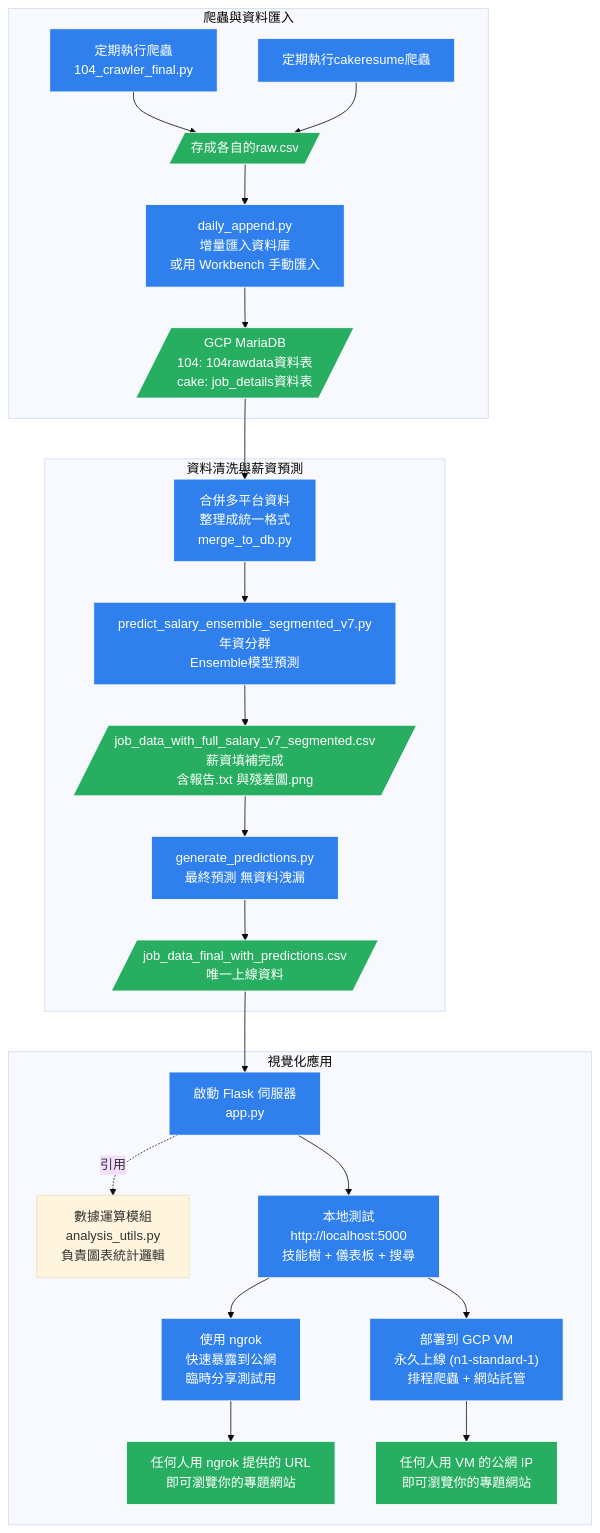
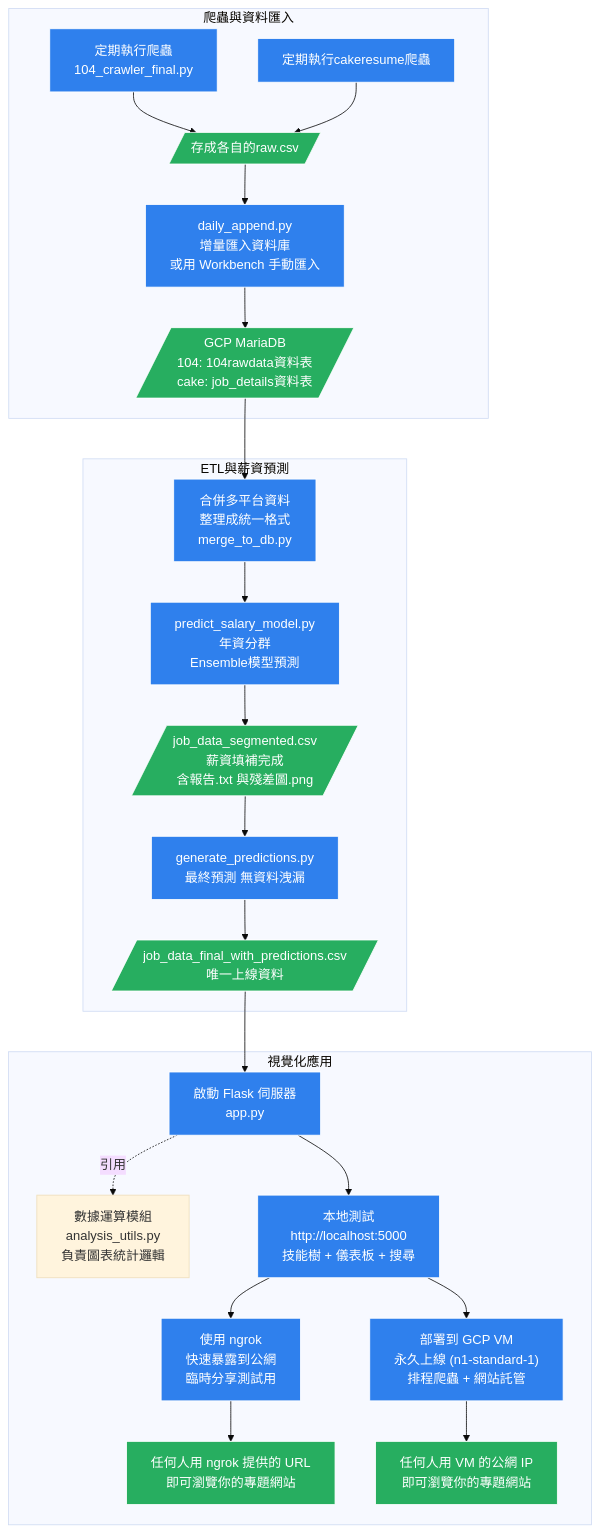
The diagram in 104_jobdata_crawler_final/README.md (DataSideProject/WLS), drawn with Mermaid (base theme) before and after one commit.

Commit message:
Please enter the commit message for your changes. Lines starting with '#' will be ignored, and an empty message aborts the commit.
On branch main
Your branch is up to date with 'origin/main'.

Changes to be committed:
	modified:   104_jobdata_crawler_final/README.md

````diff
--- a/104_jobdata_crawler_final/README.md
+++ b/104_jobdata_crawler_final/README.md
@@ -18,36 +18,36 @@
 ```mermaid
 flowchart TD
     subgraph 爬蟲與資料匯入
         A[定期執行爬蟲<br>104_crawler_final.py]
         AA[定期執行cakeresume爬蟲<br>]
         A --> B[/存成各自的raw.csv<br>/]
         AA --> B
         B --> C[daily_append.py<br>增量匯入資料庫<br>或用 Workbench 手動匯入]
         C --> D[/GCP MariaDB<br>104: 104rawdata資料表<br>cake: job_details資料表/]
     end
 
-    subgraph 資料清洗與薪資預測
+    subgraph ETL與薪資預測
         AB[合併多平台資料<br>整理成統一格式<br>merge_to_db.py]
         D --> AB
-        AB --> E[predict_salary_ensemble_segmented_v7.py<br>年資分群<br>Ensemble模型預測]
-        E --> F[/job_data_with_full_salary_v7_segmented.csv<br>薪資填補完成<br>含報告.txt 與殘差圖.png/]
+        AB --> E[predict_salary_model.py<br>年資分群<br>Ensemble模型預測]
+        E --> F[/job_data_segmented.csv<br>薪資填補完成<br>含報告.txt 與殘差圖.png/]
         F --> G[generate_predictions.py<br>最終預測 無資料洩漏]
         G --> H[/job_data_final_with_predictions.csv<br>唯一上線資料/]
     end
 
     subgraph 視覺化應用
         H --> I[啟動 Flask 伺服器<br>app.py]
         I -. 引用 .-> I_utils[數據運算模組<br>analysis_utils.py<br>負責圖表統計邏輯]
         I --> J[本地測試<br>http://localhost:5000<br>技能樹 + 儀表板 + 搜尋]
         J --> K1[使用 ngrok<br>快速暴露到公網<br>臨時分享測試用]
         J --> K2["部署到 GCP VM<br>永久上線 (n1-standard-1)<br>排程爬蟲 + 網站託管"]
         K1 --> L[任何人用 ngrok 提供的 URL<br>即可瀏覽你的專題網站]
         K2 --> M[任何人用 VM 的公網 IP<br>即可瀏覽你的專題網站]
     end
 
     classDef process fill:#2F80ED,stroke:#fff,color:#fff
     classDef file fill:#27AE60,stroke:#fff,color:#fff
 
     class A,AA,AB,C,E,G,I,J,K1,K2 process
     class B,D,F,H,L,M file
 ```
````
